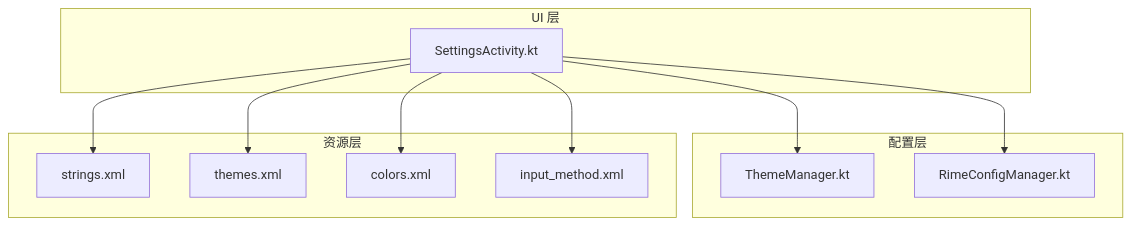
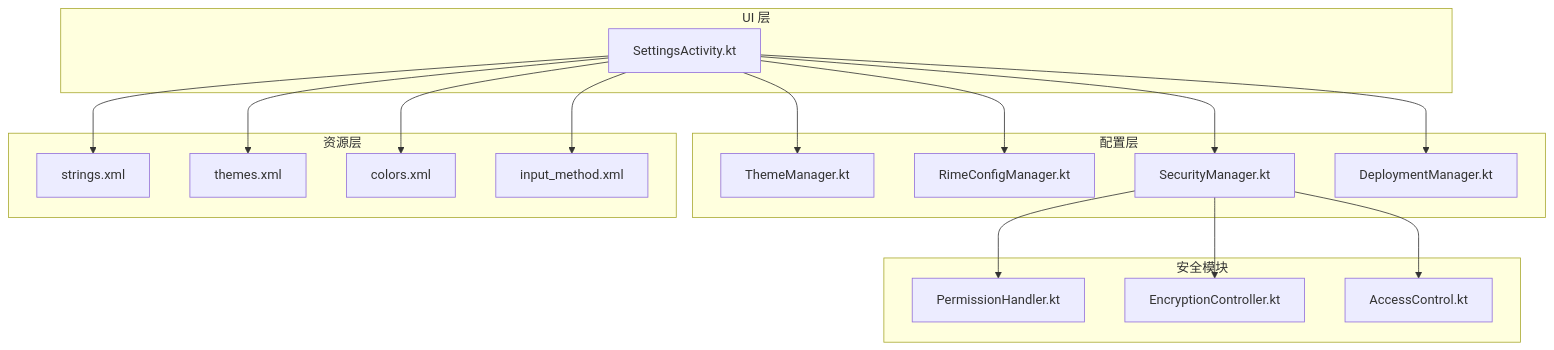
Before and after one commit to qiaodashaoye/ziyou-ime: the first of 5 diagrams in .qoder/repowiki/zh/content/设置界面.md, drawn with Mermaid. The commit also changed other lines of this file and 7 other files, not shown here.

````diff
--- a/.qoder/repowiki/zh/content/设置界面.md
+++ b/.qoder/repowiki/zh/content/设置界面.md
@@ -32,22 +41,34 @@
 ```mermaid
 graph TB
 subgraph "UI 层"
 SA["SettingsActivity.kt"]
 end
 subgraph "配置层"
 TM["ThemeManager.kt"]
 RCM["RimeConfigManager.kt"]
+SM["SecurityManager.kt"]
+DM["DeploymentManager.kt"]
+end
+subgraph "安全模块"
+PA["PermissionHandler.kt"]
+EC["EncryptionController.kt"]
+AC["AccessControl.kt"]
 end
 subgraph "资源层"
 STR["strings.xml"]
 THM["themes.xml"]
 COL["colors.xml"]
 IMX["input_method.xml"]
 end
 SA --> TM
 SA --> RCM
+SA --> SM
+SA --> DM
 SA --> STR
 SA --> THM
 SA --> COL
 SA --> IMX
+SM --> PA
+SM --> EC
+SM --> AC
 ```
````
